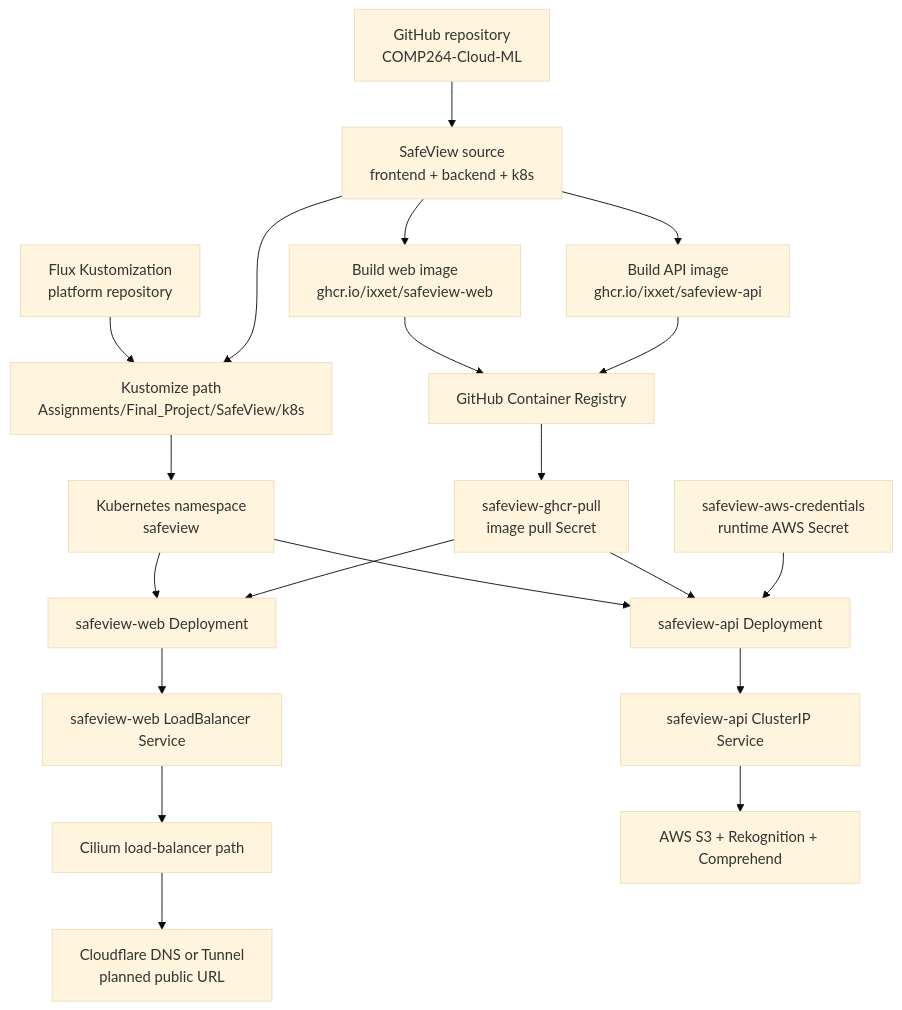
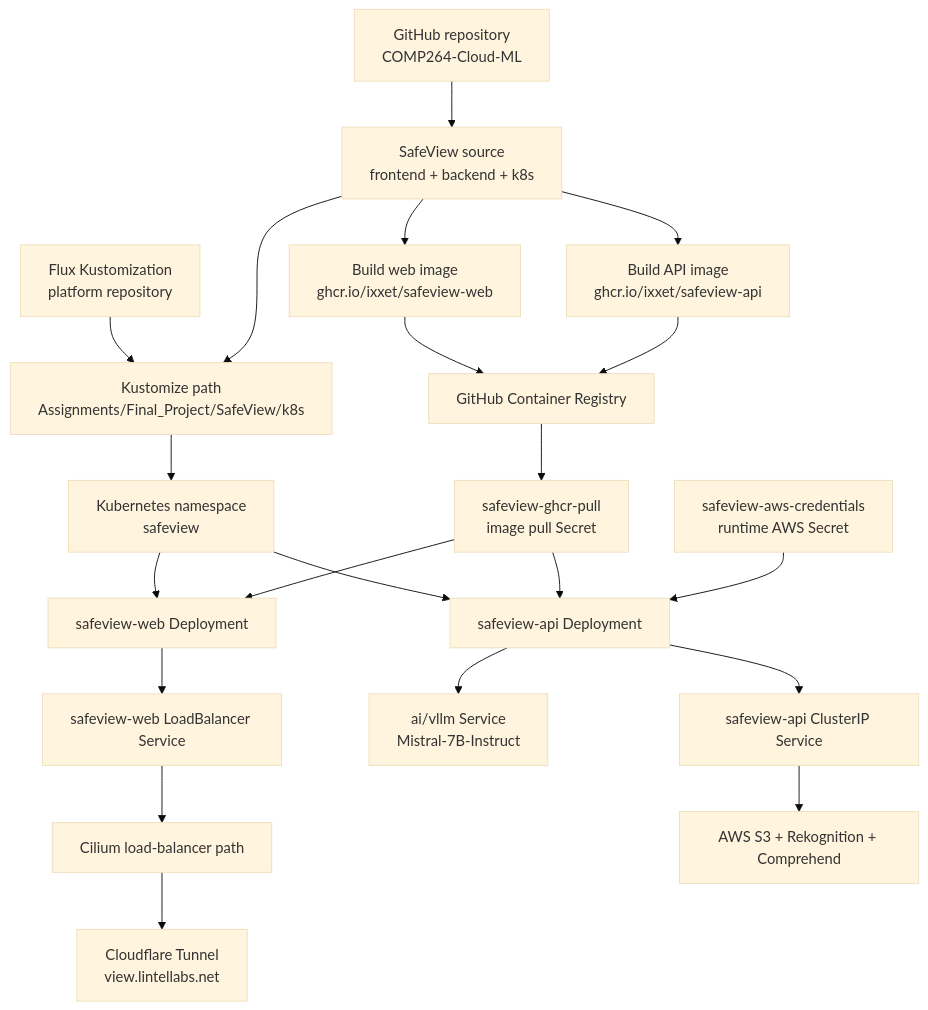
The diagram in Assignments/Final_Project/SafeView/diagrams/deployment-topology.mmd (ixxet/COMP264-Cloud-ML), drawn with Mermaid (base theme) before and after one commit. The commit also changed 14 other files, not shown here.

```diff
--- a/Assignments/Final_Project/SafeView/diagrams/deployment-topology.mmd
+++ b/Assignments/Final_Project/SafeView/diagrams/deployment-topology.mmd
@@ -1,24 +1,25 @@
 flowchart TD
     repo["GitHub repository<br/>COMP264-Cloud-ML"] --> source["SafeView source<br/>frontend + backend + k8s"]
     source --> apiimage["Build API image<br/>ghcr.io/ixxet/safeview-api"]
     source --> webimage["Build web image<br/>ghcr.io/ixxet/safeview-web"]
 
     apiimage --> ghcr["GitHub Container Registry"]
     webimage --> ghcr
 
     source --> kustomize["Kustomize path<br/>Assignments/Final_Project/SafeView/k8s"]
     flux["Flux Kustomization<br/>platform repository"] --> kustomize
     kustomize --> namespace["Kubernetes namespace<br/>safeview"]
 
     ghcr --> pullsecret["safeview-ghcr-pull<br/>image pull Secret"]
     awssecret["safeview-aws-credentials<br/>runtime AWS Secret"] --> apipod["safeview-api Deployment"]
     pullsecret --> apipod
     pullsecret --> webpod["safeview-web Deployment"]
 
     namespace --> apipod
     namespace --> webpod
     apipod --> apisvc["safeview-api ClusterIP Service"]
+    apipod --> vllm["ai/vllm Service<br/>Mistral-7B-Instruct"]
     webpod --> websvc["safeview-web LoadBalancer Service"]
     websvc --> cilium["Cilium load-balancer path"]
-    cilium --> cloudflare["Cloudflare DNS or Tunnel<br/>planned public URL"]
+    cilium --> cloudflare["Cloudflare Tunnel<br/>view.lintellabs.net"]
     apisvc --> aws["AWS S3 + Rekognition + Comprehend"]
```
